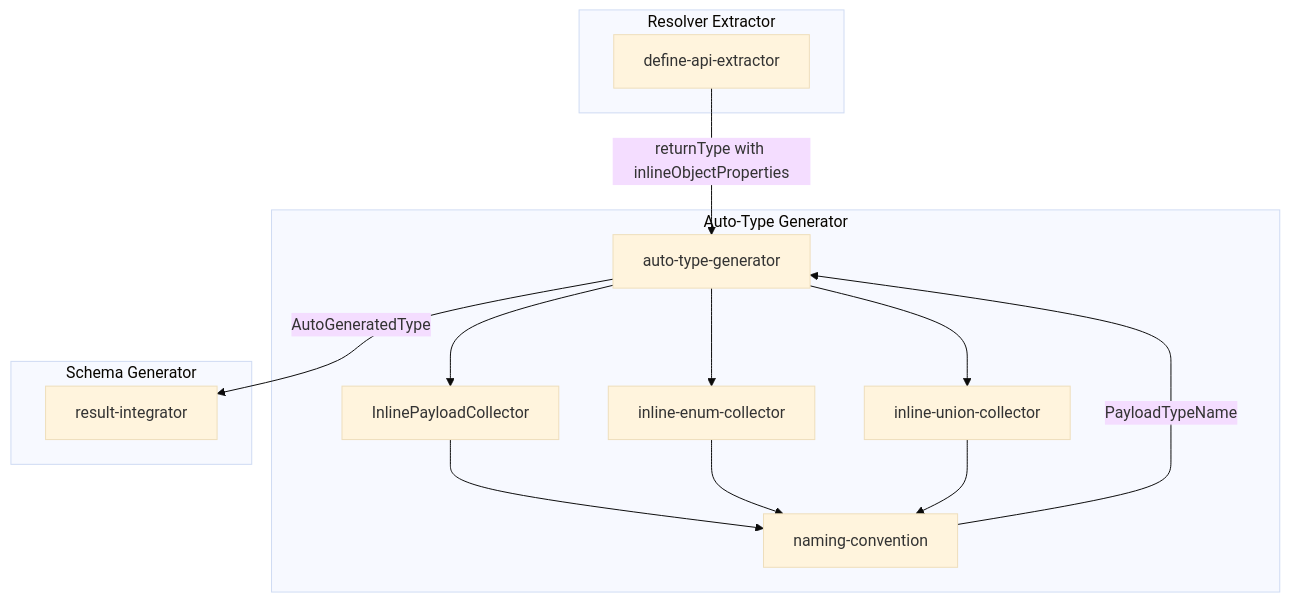
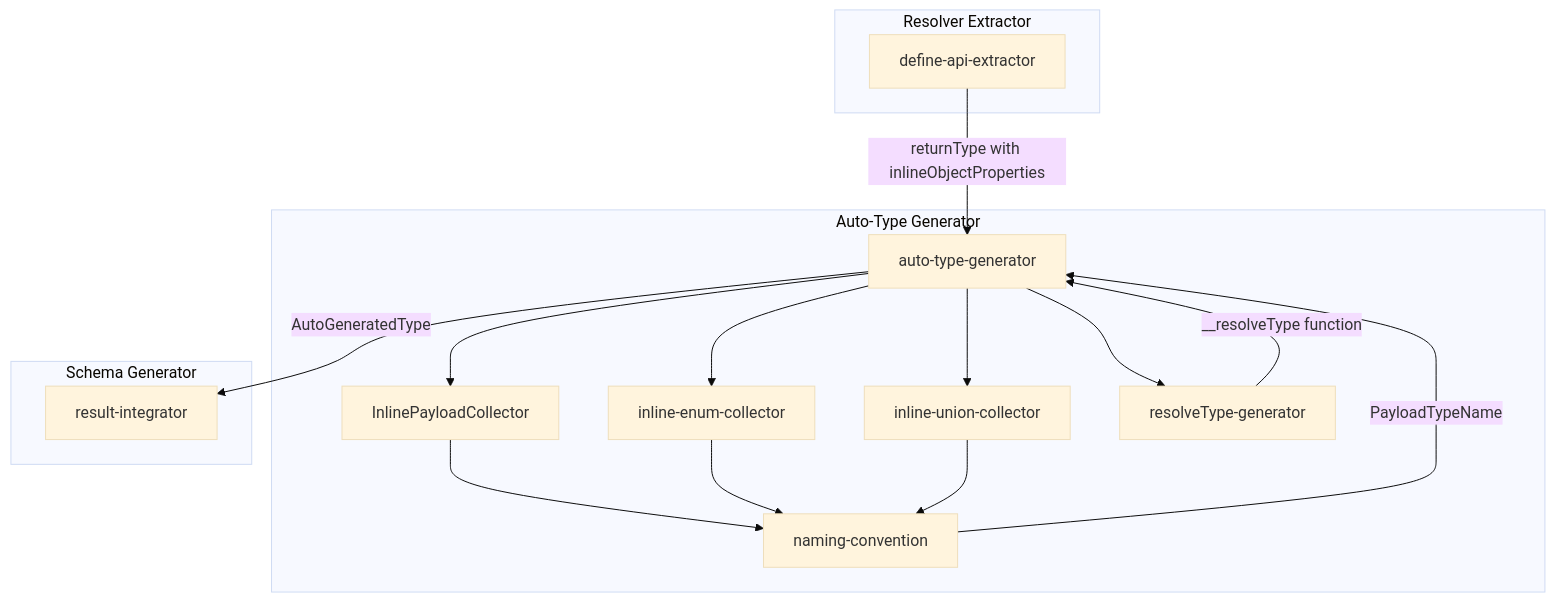
One commit to izumin5210/gqlkit changed the first of 3 diagrams in .kiro/specs/inline-payload/design.md. Above: the diagram before and after it, drawn with Mermaid (base theme). The commit also changed other lines of this file and 40 other files, not shown here.

````diff
--- a/.kiro/specs/inline-payload/design.md
+++ b/.kiro/specs/inline-payload/design.md
@@ -41,28 +43,31 @@
 ```mermaid
 flowchart TB
     subgraph ResolverExtractor["Resolver Extractor"]
         DAE[define-api-extractor]
     end
 
     subgraph AutoTypeGenerator["Auto-Type Generator"]
         NC[naming-convention]
         IPC[InlinePayloadCollector]
         IEC[inline-enum-collector]
         IUC[inline-union-collector]
         ATG[auto-type-generator]
+        RTG[resolveType-generator]
     end
 
     subgraph SchemaGenerator["Schema Generator"]
         RI[result-integrator]
     end
 
     DAE --> |returnType with inlineObjectProperties| ATG
     ATG --> IPC
     ATG --> IEC
     ATG --> IUC
     IPC --> NC
     IEC --> NC
     IUC --> NC
     NC --> |PayloadTypeName| ATG
+    ATG --> RTG
+    RTG --> |__resolveType function| ATG
     ATG --> |AutoGeneratedType| RI
 ```
````
